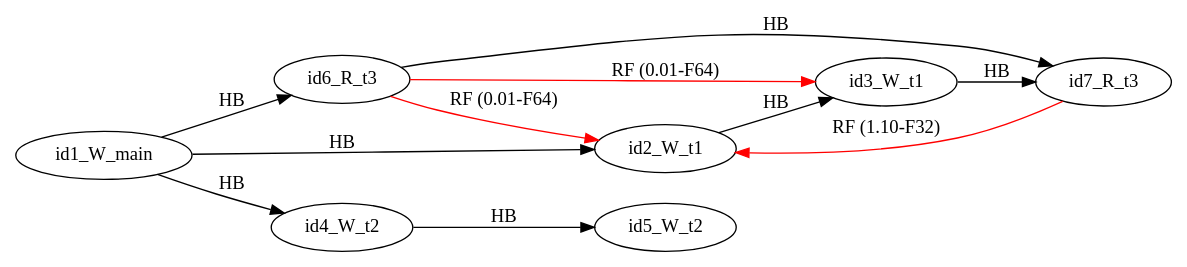
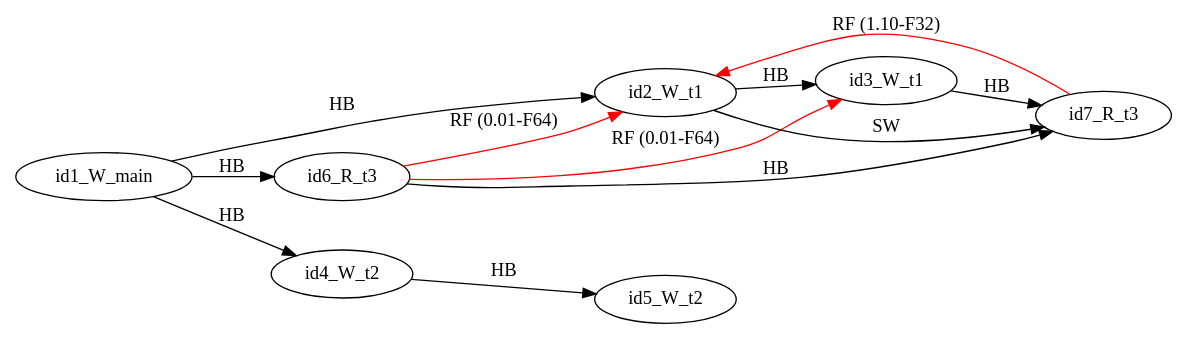
One commit to FMJS/EMME changed the diagram in examples/single_var/sv_simple12/mm5.dot. Above: the diagram before and after it, drawn with Graphviz. The commit also changed 56 other files, not shown here.

```diff
--- a/examples/single_var/sv_simple12/mm5.dot
+++ b/examples/single_var/sv_simple12/mm5.dot
@@ -1,21 +1,22 @@
 digraph memory_model {
 rankdir=LR;
 splines=true; esep=0.5;
 id6_R_t3 -> id2_W_t1 [label = "RF (0.01-F64)", color="red"];
 id6_R_t3 -> id3_W_t1 [label = "RF (0.01-F64)", color="red"];
 id7_R_t3 -> id2_W_t1 [label = "RF (1.10-F32)", color="red"];
 id2_W_t1 -> id3_W_t1 [label = "HB", color="black"];
 id4_W_t2 -> id5_W_t2 [label = "HB", color="black"];
 id6_R_t3 -> id7_R_t3 [label = "HB", color="black"];
 id1_W_main -> id2_W_t1 [label = "HB", color="black"];
 id1_W_main -> id4_W_t2 [label = "HB", color="black"];
 id1_W_main -> id6_R_t3 [label = "HB", color="black"];
 id3_W_t1 -> id7_R_t3 [label = "HB", color="black"];
+id2_W_t1 -> id7_R_t3 [label = "SW", color="black"];
 id1_W_main [pos="5.0,4!"]
 id2_W_t1 [pos="0,2!"]
 id3_W_t1 [pos="0,0!"]
 id4_W_t2 [pos="5,2!"]
 id5_W_t2 [pos="5,0!"]
 id6_R_t3 [pos="10,2!"]
 id7_R_t3 [pos="10,0!"]
 }
```
